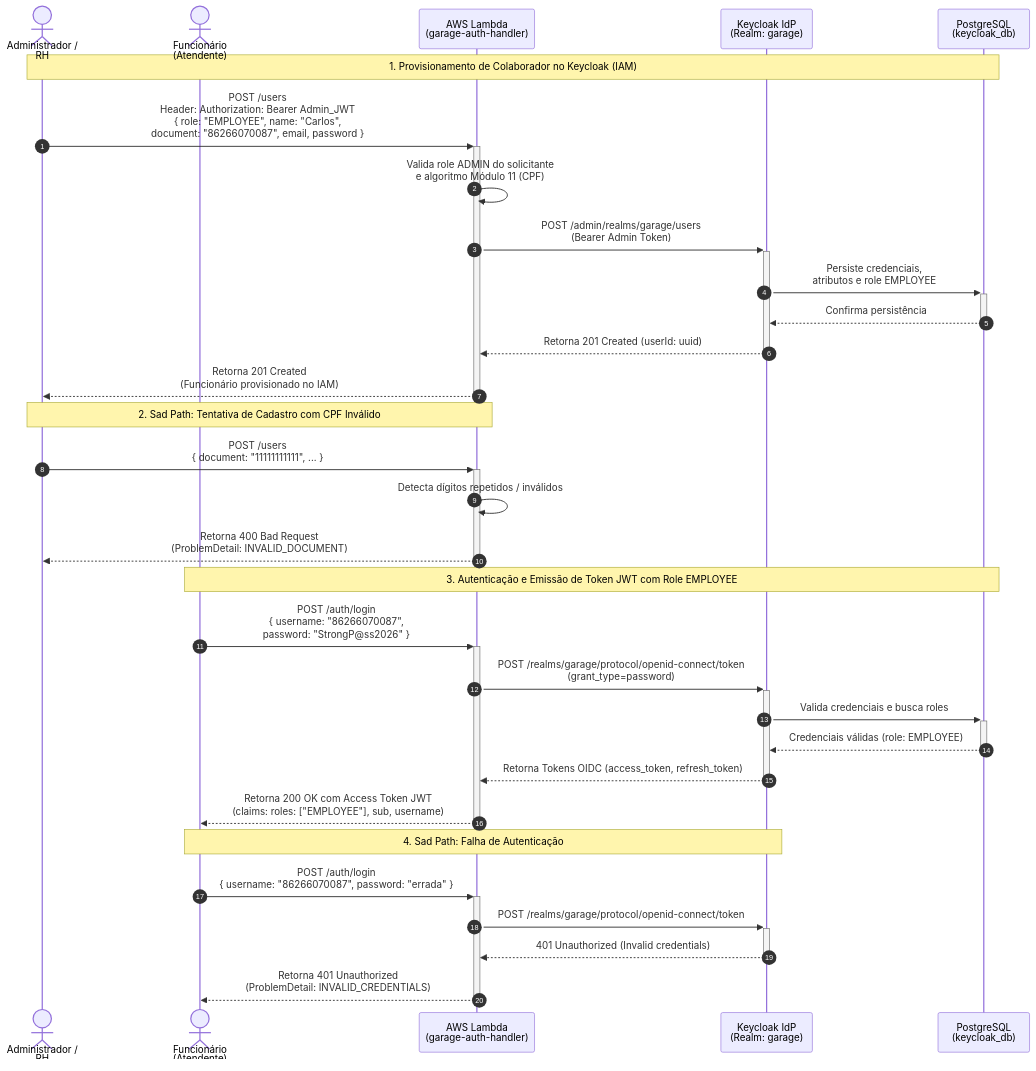
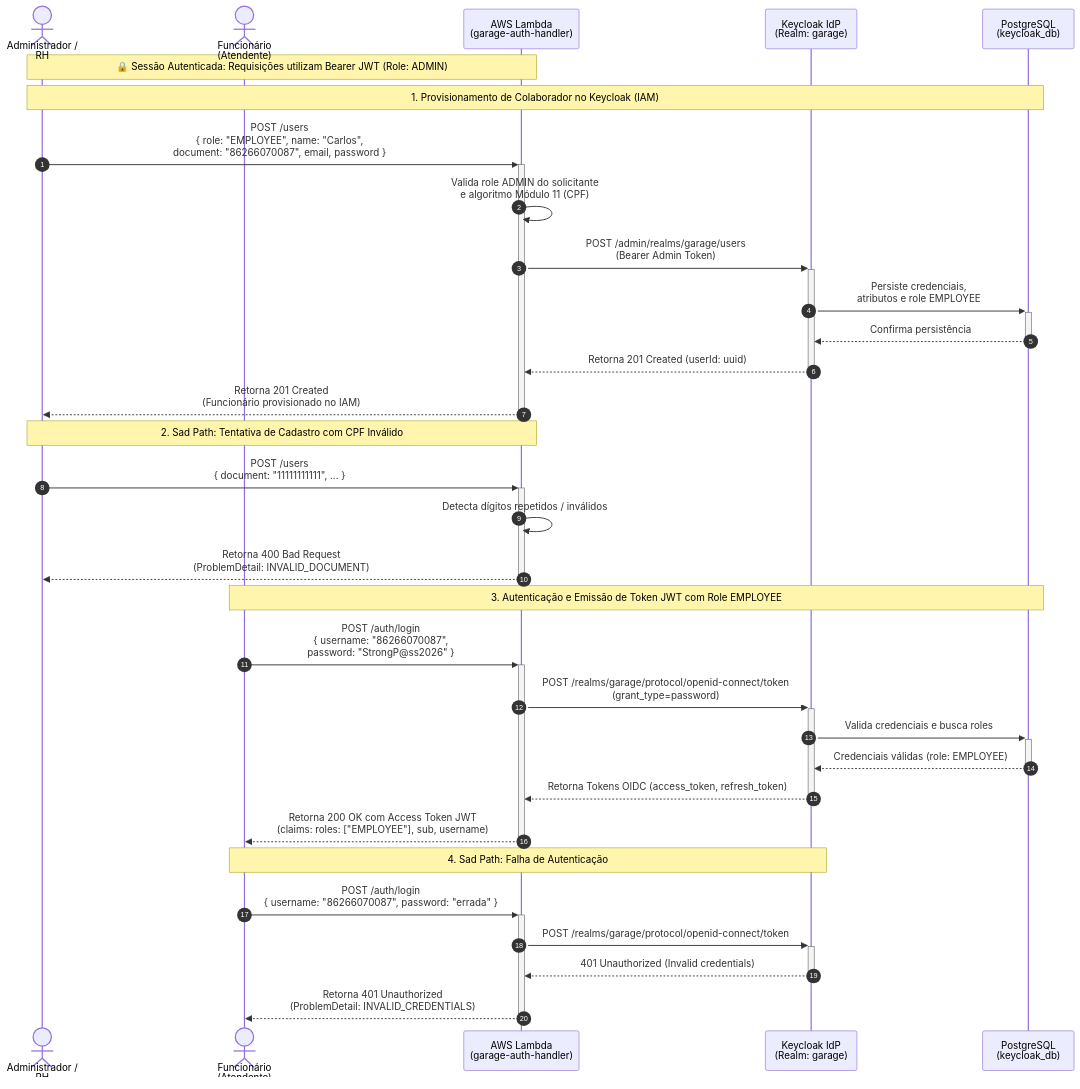
The diagram in src/test/resources/features/auth-lambda/employee_identity_management.md (rodsordi/15soat-phase4-e2e), drawn with Mermaid before and after one commit. The commit also changed 12 other files, not shown here.

````diff
--- a/src/test/resources/features/auth-lambda/employee_identity_management.md
+++ b/src/test/resources/features/auth-lambda/employee_identity_management.md
@@ -12,41 +12,43 @@
 ```mermaid
 sequenceDiagram
     autonumber
     actor Admin as Administrador /<br/>RH
     actor Func as Funcionário<br/>(Atendente)
     participant Lambda as AWS Lambda<br/>(garage-auth-handler)
     participant KC as Keycloak IdP<br/>(Realm: garage)
     participant KCDB as PostgreSQL<br/>(keycloak_db)
 
+    Note over Admin,Lambda: 🔒 Sessão Autenticada: Requisições utilizam Bearer JWT (Role: ADMIN)
+
     %% 1. Cadastro de Funcionário pelo Administrador
     Note over Admin,KCDB: 1. Provisionamento de Colaborador no Keycloak (IAM)
-    Admin->>+Lambda: POST /users<br/>Header: Authorization: Bearer Admin_JWT<br/>{ role: "EMPLOYEE", name: "Carlos",<br/>  document: "86266070087", email, password }
+    Admin->>+Lambda: POST /users<br/>{ role: "EMPLOYEE", name: "Carlos",<br/>  document: "86266070087", email, password }
     Lambda->>Lambda: Valida role ADMIN do solicitante<br/>e algoritmo Módulo 11 (CPF)
     Lambda->>+KC: POST /admin/realms/garage/users<br/>(Bearer Admin Token)
     KC->>+KCDB: Persiste credenciais,<br/>atributos e role EMPLOYEE
     KCDB-->>-KC: Confirma persistência
     KC-->>-Lambda: Retorna 201 Created (userId: uuid)
     Lambda-->>-Admin: Retorna 201 Created<br/>(Funcionário provisionado no IAM)
 
     %% 2. Rejeição com CPF Inválido
     Note over Admin,Lambda: 2. Sad Path: Tentativa de Cadastro com CPF Inválido
     Admin->>+Lambda: POST /users<br/>{ document: "11111111111", ... }
     Lambda->>Lambda: Detecta dígitos repetidos / inválidos
     Lambda-->>-Admin: Retorna 400 Bad Request<br/>(ProblemDetail: INVALID_DOCUMENT)
 
     %% 3. Autenticação do Funcionário (Login)
     Note over Func,KCDB: 3. Autenticação e Emissão de Token JWT com Role EMPLOYEE
     Func->>+Lambda: POST /auth/login<br/>{ username: "86266070087",<br/>  password: "StrongP@ss2026" }
     Lambda->>+KC: POST /realms/garage/protocol/openid-connect/token<br/>(grant_type=password)
     KC->>+KCDB: Valida credenciais e busca roles
     KCDB-->>-KC: Credenciais válidas (role: EMPLOYEE)
     KC-->>-Lambda: Retorna Tokens OIDC (access_token, refresh_token)
     Lambda-->>-Func: Retorna 200 OK com Access Token JWT<br/>(claims: roles: ["EMPLOYEE"], sub, username)
 
     %% 4. Tentativa de Login com Senha Incorreta
     Note over Func,KC: 4. Sad Path: Falha de Autenticação
     Func->>+Lambda: POST /auth/login<br/>{ username: "86266070087", password: "errada" }
     Lambda->>+KC: POST /realms/garage/protocol/openid-connect/token
     KC-->>-Lambda: 401 Unauthorized (Invalid credentials)
     Lambda-->>-Func: Retorna 401 Unauthorized<br/>(ProblemDetail: INVALID_CREDENTIALS)
 ```
````
